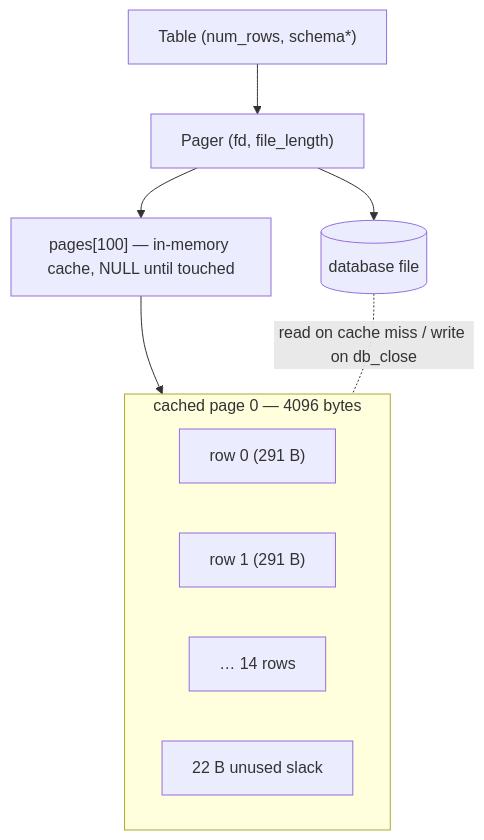
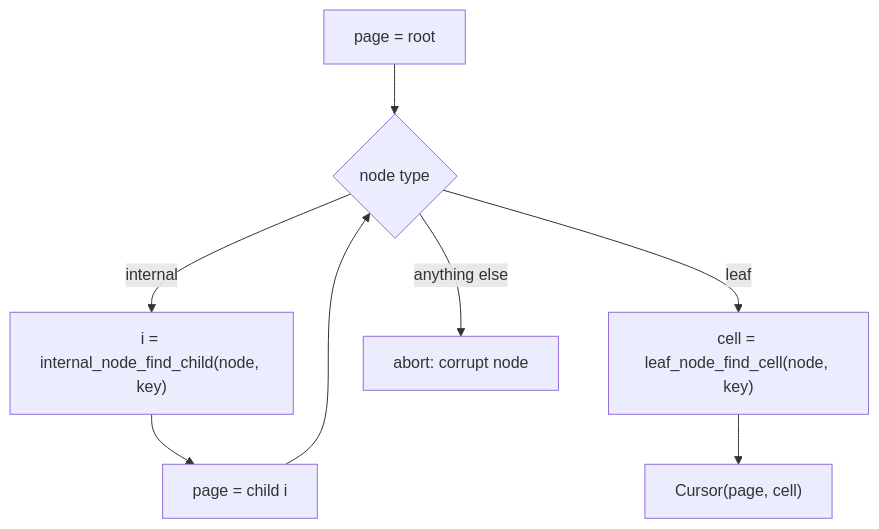
The seventh of 16 diagrams in README.md (Rohitangshu2026/mini-sql), drawn with Mermaid before and after one commit. The commit also changed other lines of this file, not shown here.

````diff
--- a/README.md
+++ b/README.md
@@ -334,15 +465,10 @@
 ```mermaid
 flowchart TD
-    T["Table (num_rows, schema*)"] --> PG["Pager (fd, file_length)"]
-    PG --> CACHE["pages[100] — in-memory cache, NULL until touched"]
-    PG --> FILE[("database file")]
-
-    subgraph CACHE0["cached page 0 — 4096 bytes"]
-        r0["row 0 (291 B)"]
-        r1["row 1 (291 B)"]
-        rd["… 14 rows"]
-        sl["22 B unused slack"]
-    end
-    CACHE --> CACHE0
-    FILE -. "read on cache miss / write on db_close" .- CACHE0
+    A["page = root"] --> B{node type}
+    B -->|internal| C["i = internal_node_find_child(node, key)"]
+    C --> D["page = child i"]
+    D --> B
+    B -->|leaf| E["cell = leaf_node_find_cell(node, key)"]
+    E --> F["Cursor(page, cell)"]
+    B -->|anything else| X["abort: corrupt node"]
 ```
````
